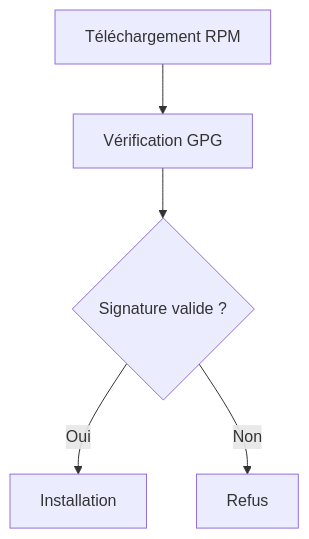
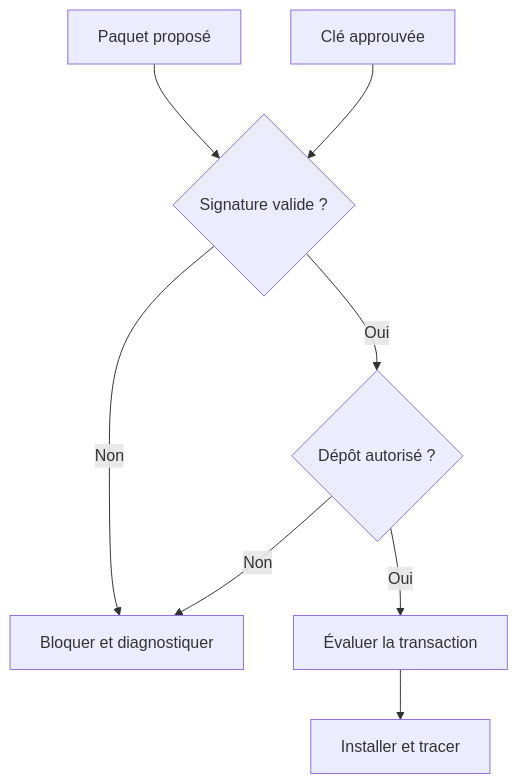
One commit to tdelaclos/formations changed the second of 2 diagrams in campagne 1/1.5-mise-a-jour-gestion-depots.md. Above: the diagram before and after it, drawn with Mermaid. The commit also changed other lines of this file and 10 other files, not shown here.

````diff
--- a/campagne 1/1.5-mise-a-jour-gestion-depots.md
+++ b/campagne 1/1.5-mise-a-jour-gestion-depots.md
@@ -921,18 +163,10 @@
 ```mermaid
 flowchart TD
-
-A["Téléchargement RPM"]
-
-B["Vérification GPG"]
-
-C{"Signature valide ?"}
-
-D["Installation"]
-
-E["Refus"]
-
-A --> B
-B --> C
-C -->|Oui| D
-C -->|Non| E
+    Download["Paquet proposé"] --> Signature{"Signature valide ?"}
+    Key["Clé approuvée"] --> Signature
+    Signature -->|Non| Block["Bloquer et diagnostiquer"]
+    Signature -->|Oui| Source{"Dépôt autorisé ?"}
+    Source -->|Non| Block
+    Source -->|Oui| Transaction["Évaluer la transaction"]
+    Transaction --> Install["Installer et tracer"]
 ```
````
